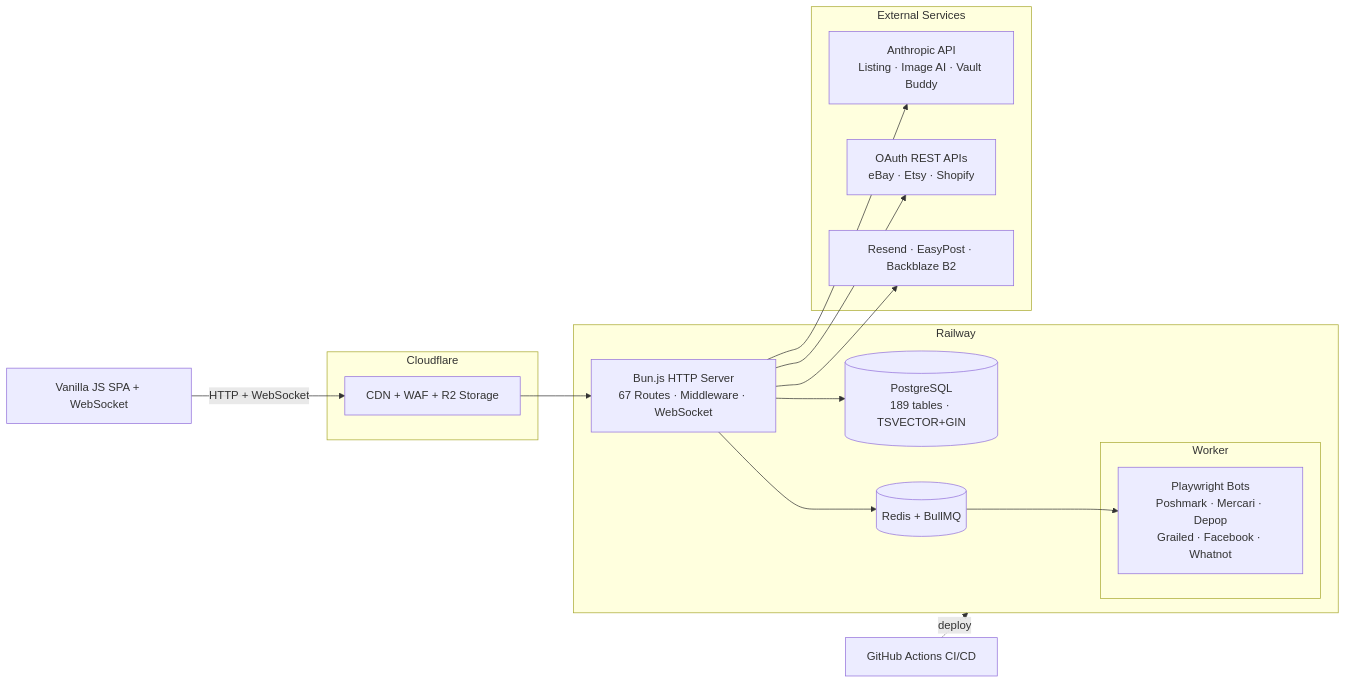
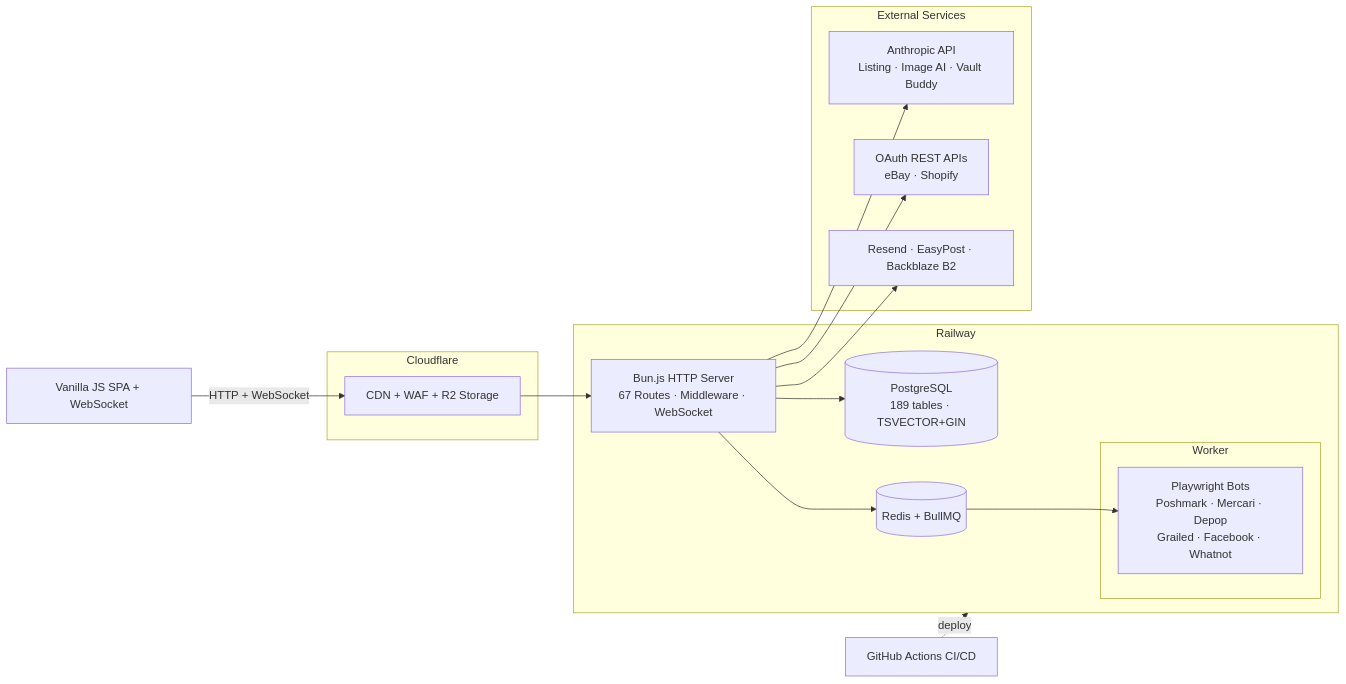
The diagram in docs/architecture-diagram.md (Vaultifacts/VaultLister-3.0), drawn with Mermaid before and after one commit. The commit also changed 12 other files, not shown here.

````diff
--- a/docs/architecture-diagram.md
+++ b/docs/architecture-diagram.md
@@ -7,32 +7,32 @@
 ```mermaid
 flowchart LR
     Browser["Vanilla JS SPA + WebSocket"]
 
     subgraph CF["Cloudflare"]
         CDN["CDN + WAF + R2 Storage"]
     end
 
     subgraph RAIL["Railway"]
         HTTP["Bun.js HTTP Server\n67 Routes · Middleware · WebSocket"]
         PG[("PostgreSQL\n189 tables · TSVECTOR+GIN")]
         RD[("Redis + BullMQ")]
         subgraph WORK["Worker"]
             Bots["Playwright Bots\nPoshmark · Mercari · Depop\nGrailed · Facebook · Whatnot"]
         end
     end
 
     subgraph EXT["External Services"]
         AI["Anthropic API\nListing · Image AI · Vault Buddy"]
-        Mkt["OAuth REST APIs\neBay · Etsy · Shopify"]
+        Mkt["OAuth REST APIs\neBay · Shopify"]
         Ops["Resend · EasyPost · Backblaze B2"]
     end
 
     CI["GitHub Actions CI/CD"]
 
     Browser -->|"HTTP + WebSocket"| CDN
     CDN --> HTTP
     HTTP --> PG & RD
     RD --> Bots
     HTTP --> AI & Mkt & Ops
     CI -.->|"deploy"| RAIL
 ```
````
